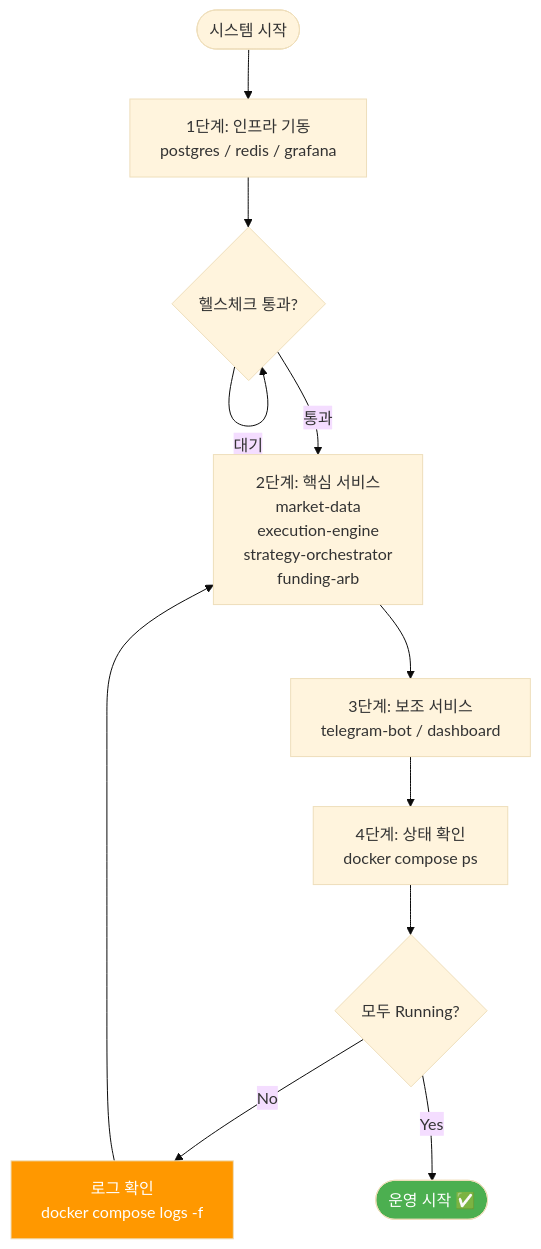
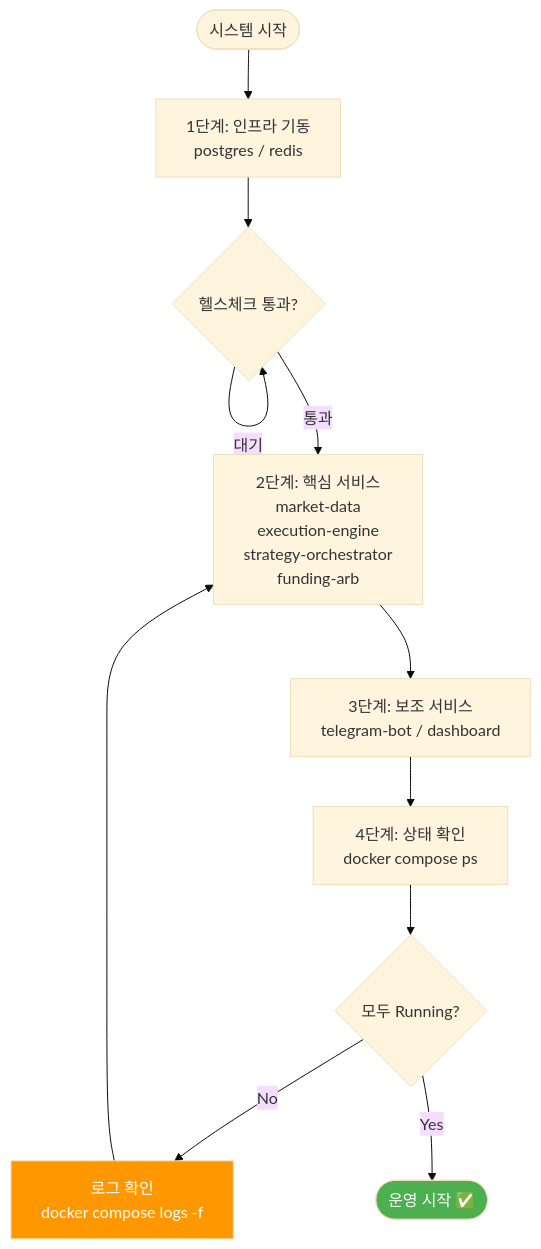
The first of 2 diagrams in docs/policies/operations/runbook.md (Justant-source/Bit-Mania), drawn with Mermaid (base theme) before and after one commit. The commit also changed other lines of this file and 16 other files, not shown here.

````diff
--- a/docs/policies/operations/runbook.md
+++ b/docs/policies/operations/runbook.md
@@ -20,16 +20,16 @@
 ```mermaid
 flowchart TD
-    START(["시스템 시작"]) --> INF["1단계: 인프라 기동\npostgres / redis / grafana"]
+    START(["시스템 시작"]) --> INF["1단계: 인프라 기동\npostgres / redis"]
     INF --> WAIT{"헬스체크 통과?"}
     WAIT -->|대기| WAIT
     WAIT -->|통과| CORE["2단계: 핵심 서비스\nmarket-data\nexecution-engine\nstrategy-orchestrator\nfunding-arb"]
     CORE --> AUX["3단계: 보조 서비스\ntelegram-bot / dashboard"]
     AUX --> CHECK["4단계: 상태 확인\ndocker compose ps"]
     CHECK --> VERIFY{"모두 Running?"}
     VERIFY -->|No| FIX["로그 확인\ndocker compose logs -f"]
     FIX --> CORE
     VERIFY -->|Yes| DONE(["운영 시작 ✅"])
 
     style DONE fill:#4caf50,color:#fff
     style FIX fill:#ff9800,color:#fff
 ```
````
